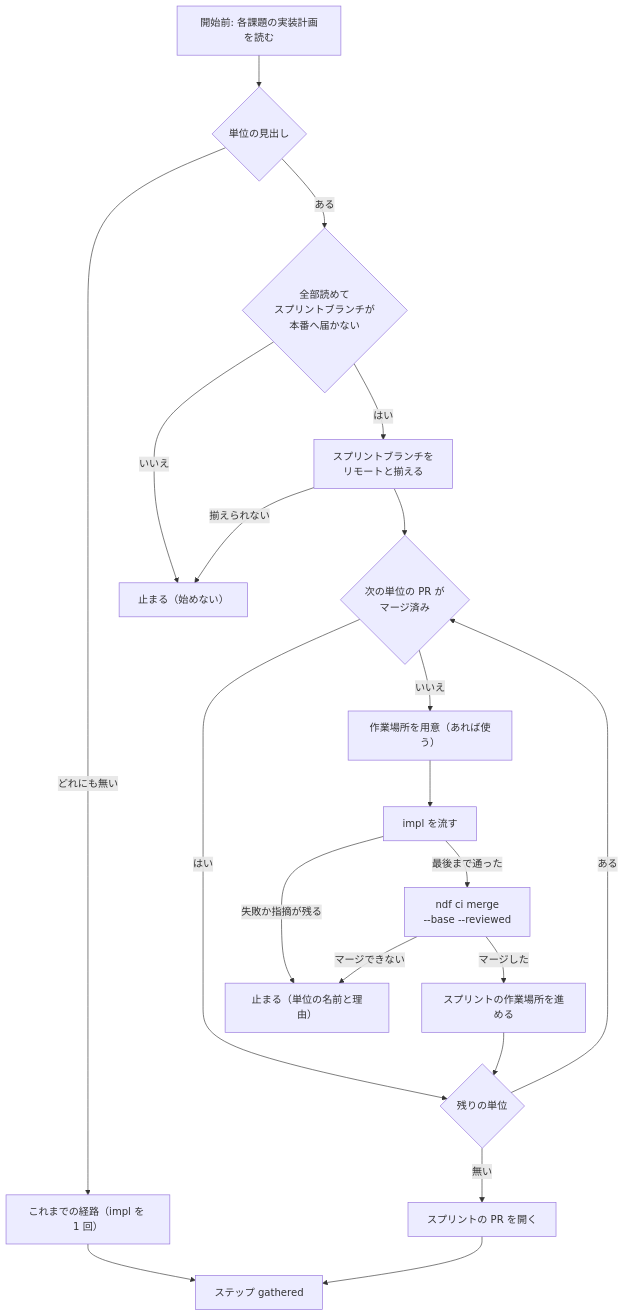
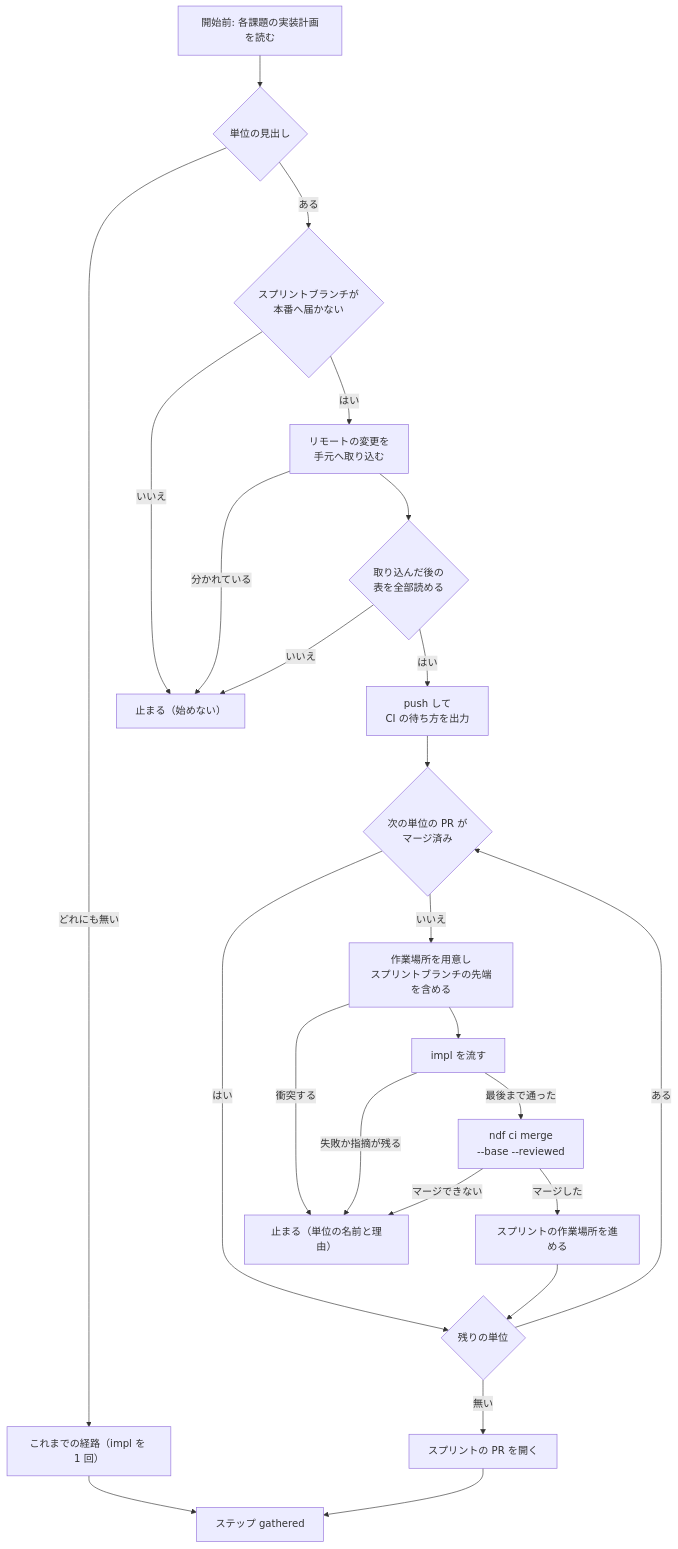
The third of 3 diagrams in issues/issue-4369-design.md (devbasex/ai-plugins), drawn with Mermaid before and after one commit. The commit also changed other lines of this file and 2 other files, not shown here.

````diff
--- a/issues/issue-4369-design.md
+++ b/issues/issue-4369-design.md
@@ -176,22 +196,26 @@
 ```mermaid
 flowchart TB
   A["開始前: 各課題の実装計画を読む"] --> B{"単位の見出し"}
   B -->|どれにも無い| C["これまでの経路（impl を 1 回）"]
-  B -->|ある| D{"全部読めて<br/>スプリントブランチが<br/>本番へ届かない"}
+  B -->|ある| D{"スプリントブランチが<br/>本番へ届かない"}
   D -->|いいえ| E["止まる（始めない）"]
-  D -->|はい| F["スプリントブランチを<br/>リモートと揃える"]
-  F -->|揃えられない| E
-  F --> H{"次の単位の PR が<br/>マージ済み"}
+  D -->|はい| F["リモートの変更を<br/>手元へ取り込む"]
+  F -->|分かれている| E
+  F --> R{"取り込んだ後の<br/>表を全部読める"}
+  R -->|いいえ| E
+  R -->|はい| S["push して<br/>CI の待ち方を出力"]
+  S --> H{"次の単位の PR が<br/>マージ済み"}
   H -->|はい| N{"残りの単位"}
-  H -->|いいえ| W["作業場所を用意（あれば使う）"]
+  H -->|いいえ| W["作業場所を用意し<br/>スプリントブランチの先端を含める"]
+  W -->|衝突する| X
   W --> P["impl を流す"]
   P -->|失敗か指摘が残る| X["止まる（単位の名前と理由）"]
   P -->|最後まで通った| M["ndf ci merge<br/>--base --reviewed"]
   M -->|マージできない| X
   M -->|マージした| V["スプリントの作業場所を進める"]
   V --> N
   N -->|ある| H
   N -->|無い| Z["スプリントの PR を開く"]
   Z --> G["ステップ gathered"]
   C --> G
 ```
````
